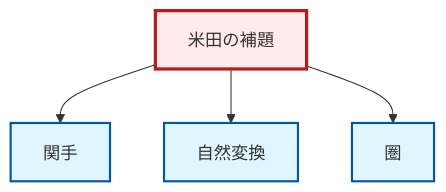
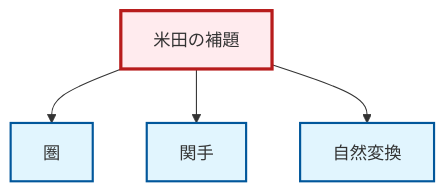
Before and after one commit to RK0429/ModernMath: the diagram in output/mermaid/ja/thm-yoneda.mermaid, drawn with Mermaid. The commit also changed other lines of this file and 3153 other files, not shown here.

```diff
--- a/output/mermaid/ja/thm-yoneda.mermaid
+++ b/output/mermaid/ja/thm-yoneda.mermaid
@@ -1,14 +1,14 @@
 graph TD
     classDef definition fill:#e1f5fe,stroke:#01579b,stroke-width:2px
     classDef theorem fill:#f3e5f5,stroke:#4a148c,stroke-width:2px
     classDef axiom fill:#fff3e0,stroke:#e65100,stroke-width:2px
     classDef example fill:#e8f5e9,stroke:#1b5e20,stroke-width:2px
     classDef current fill:#ffebee,stroke:#b71c1c,stroke-width:3px
+    def-functor["関手"]:::definition
     def-category["圏"]:::definition
-    def-functor["関手"]:::definition
+    def-natural-transformation["自然変換"]:::definition
     thm-yoneda["米田の補題"]:::theorem
-    def-natural-transformation["自然変換"]:::definition
+    thm-yoneda --> def-category
     thm-yoneda --> def-functor
     thm-yoneda --> def-natural-transformation
-    thm-yoneda --> def-category
     class thm-yoneda current
```
